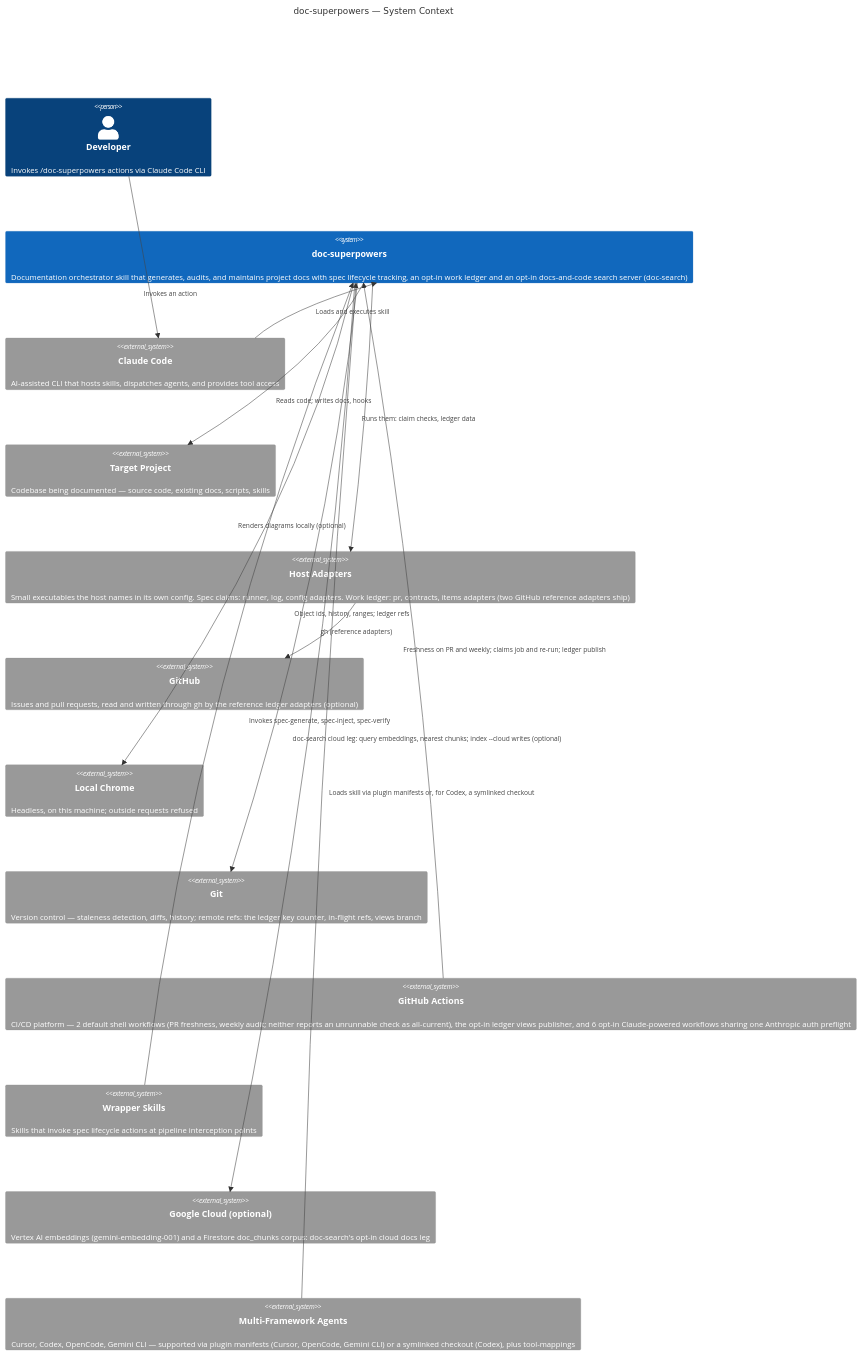
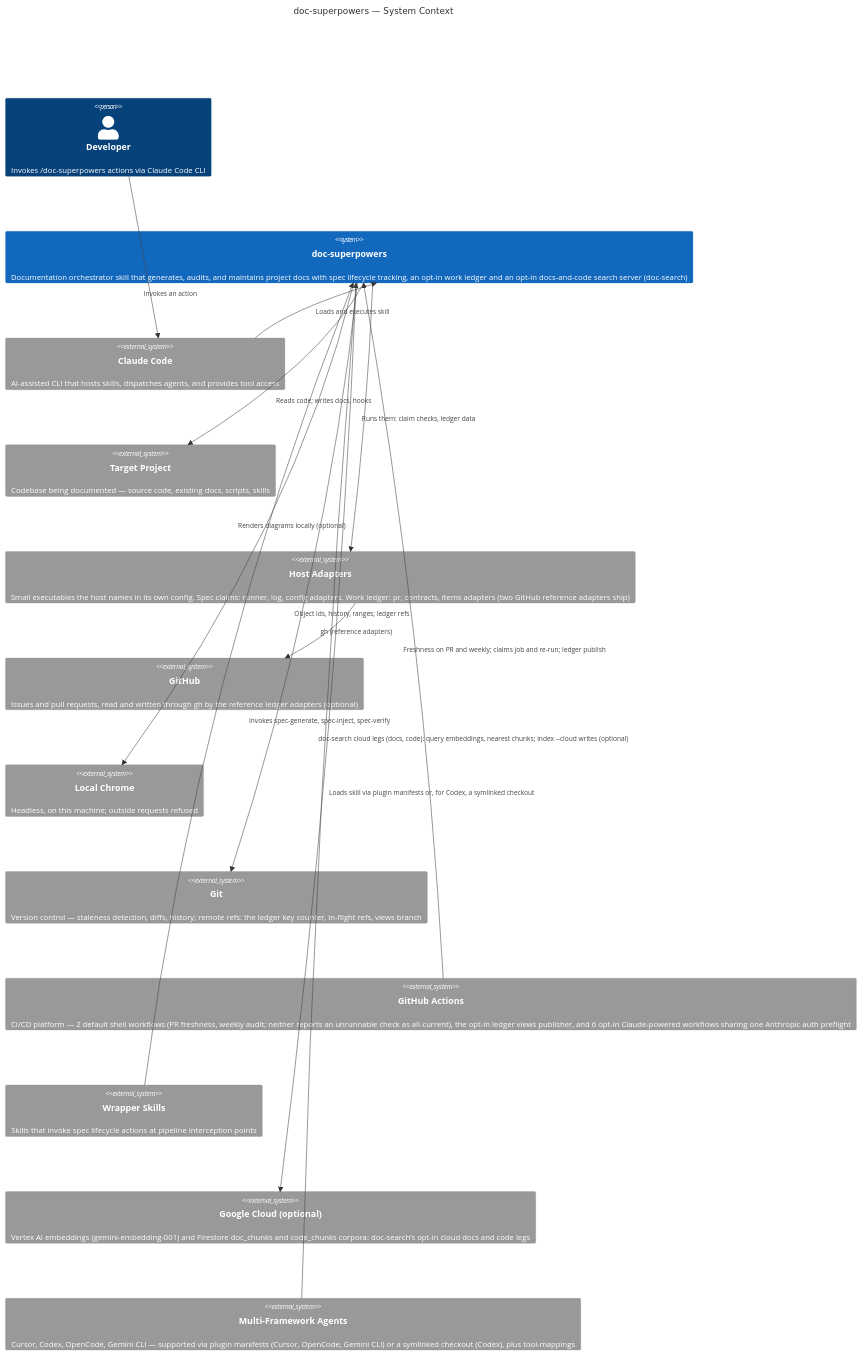
Before and after one commit to woodrowpearson/doc-superpowers: the first of 2 diagrams in docs/architecture/system-overview.md, drawn with Mermaid. The commit also changed other lines of this file and 5 other files, not shown here.

First line of the commit message:
docs(doc-search): the cloud code leg in the overview; the index driver rule; launcher order

````diff
--- a/docs/architecture/system-overview.md
+++ b/docs/architecture/system-overview.md
@@ -18,36 +18,36 @@
 ```mermaid
 C4Context
   title doc-superpowers — System Context
 
   Person(dev, "Developer", "Invokes /doc-superpowers actions via Claude Code CLI")
 
   System(skill, "doc-superpowers", "Documentation orchestrator skill that generates, audits, and maintains project docs with spec lifecycle tracking, an opt-in work ledger and an opt-in docs-and-code search server (doc-search)")
 
   System_Ext(claude_code, "Claude Code", "AI-assisted CLI that hosts skills, dispatches agents, and provides tool access")
   System_Ext(project, "Target Project", "Codebase being documented — source code, existing docs, scripts, skills")
   System_Ext(adapters, "Host Adapters", "Small executables the host names in its own config. Spec claims: runner, log, config adapters. Work ledger: pr, contracts, items adapters (two GitHub reference adapters ship)")
   System_Ext(github, "GitHub", "Issues and pull requests, read and written through gh by the reference ledger adapters (optional)")
   System_Ext(chrome, "Local Chrome", "Headless, on this machine; outside requests refused")
   System_Ext(git, "Git", "Version control — staleness detection, diffs, history; remote refs: the ledger key counter, in-flight refs, views branch")
   System_Ext(ci, "GitHub Actions", "CI/CD platform — 2 default shell workflows (PR freshness, weekly audit; neither reports an unrunnable check as all-current), the opt-in ledger views publisher, and 6 opt-in Claude-powered workflows sharing one Anthropic auth preflight")
   System_Ext(wrapper, "Wrapper Skills", "Skills that invoke spec lifecycle actions at pipeline interception points")
-  System_Ext(gcloud, "Google Cloud (optional)", "Vertex AI embeddings (gemini-embedding-001) and a Firestore doc_chunks corpus: doc-search's opt-in cloud docs leg")
+  System_Ext(gcloud, "Google Cloud (optional)", "Vertex AI embeddings (gemini-embedding-001) and Firestore doc_chunks and code_chunks corpora: doc-search's opt-in cloud docs and code legs")
   System_Ext(frameworks, "Multi-Framework Agents", "Cursor, Codex, OpenCode, Gemini CLI — supported via plugin manifests (Cursor, OpenCode, Gemini CLI) or a symlinked checkout (Codex), plus tool-mappings")
 
   Rel(dev, claude_code, "Invokes an action")
   Rel(claude_code, skill, "Loads and executes skill")
   Rel(skill, project, "Reads code; writes docs, hooks")
   Rel(skill, adapters, "Runs them: claim checks, ledger data")
   Rel(adapters, github, "gh (reference adapters)")
   Rel(skill, chrome, "Renders diagrams locally (optional)")
   Rel(skill, git, "Object ids, history, ranges; ledger refs")
   Rel(ci, skill, "Freshness on PR and weekly; claims job and re-run; ledger publish")
   Rel(wrapper, skill, "Invokes spec-generate, spec-inject, spec-verify")
   Rel(frameworks, skill, "Loads skill via plugin manifests or, for Codex, a symlinked checkout")
-  Rel(skill, gcloud, "doc-search cloud leg: query embeddings, nearest chunks; index --cloud writes (optional)")
+  Rel(skill, gcloud, "doc-search cloud legs (docs, code): query embeddings, nearest chunks; index --cloud writes (optional)")
   UpdateRelStyle(dev, claude_code, $offsetX="0", $offsetY="64")
   UpdateRelStyle(skill, project, $offsetX="0", $offsetY="64")
   UpdateRelStyle(skill, git, $offsetX="0", $offsetY="64")
   UpdateRelStyle(ci, skill, $offsetX="0", $offsetY="32")
   UpdateRelStyle(wrapper, skill, $offsetX="0", $offsetY="64")
 ```
````
